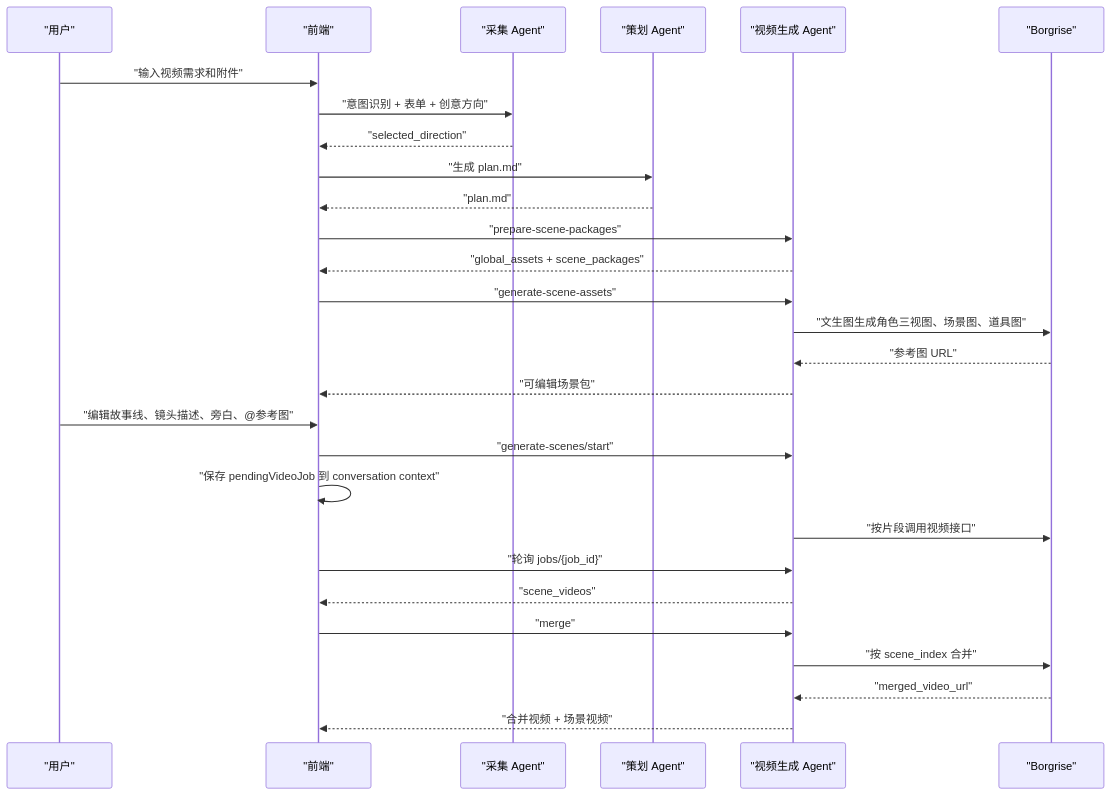
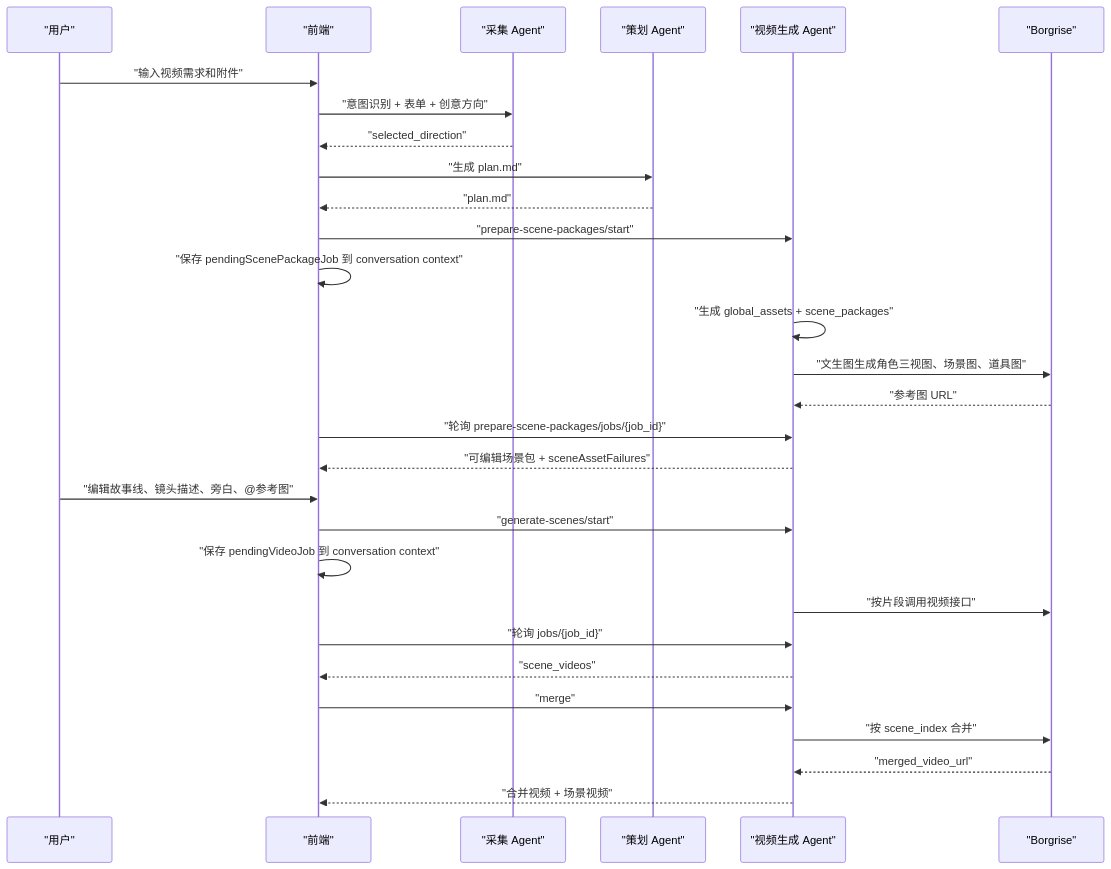
Before and after one commit to joyslxd/pixelflow: the sixth of 7 diagrams in docs/pixelflow-agent-skill-flow-latest-design.md, drawn with Mermaid. The commit also changed other lines of this file and 10 other files, not shown here.

````diff
--- a/docs/pixelflow-agent-skill-flow-latest-design.md
+++ b/docs/pixelflow-agent-skill-flow-latest-design.md
@@ -377,30 +380,31 @@
 ```mermaid
 sequenceDiagram
   participant U as "用户"
   participant FE as "前端"
   participant IA as "采集 Agent"
   participant PA as "策划 Agent"
   participant VA as "视频生成 Agent"
   participant BG as "Borgrise"
   U->>FE: "输入视频需求和附件"
   FE->>IA: "意图识别 + 表单 + 创意方向"
   IA-->>FE: "selected_direction"
   FE->>PA: "生成 plan.md"
   PA-->>FE: "plan.md"
-  FE->>VA: "prepare-scene-packages"
-  VA-->>FE: "global_assets + scene_packages"
-  FE->>VA: "generate-scene-assets"
+  FE->>VA: "prepare-scene-packages/start"
+  FE->>FE: "保存 pendingScenePackageJob 到 conversation context"
+  VA->>VA: "生成 global_assets + scene_packages"
   VA->>BG: "文生图生成角色三视图、场景图、道具图"
   BG-->>VA: "参考图 URL"
-  VA-->>FE: "可编辑场景包"
+  FE->>VA: "轮询 prepare-scene-packages/jobs/{job_id}"
+  VA-->>FE: "可编辑场景包 + sceneAssetFailures"
   U->>FE: "编辑故事线、镜头描述、旁白、@参考图"
   FE->>VA: "generate-scenes/start"
   FE->>FE: "保存 pendingVideoJob 到 conversation context"
   VA->>BG: "按片段调用视频接口"
   FE->>VA: "轮询 jobs/{job_id}"
   VA-->>FE: "scene_videos"
   FE->>VA: "merge"
   VA->>BG: "按 scene_index 合并"
   BG-->>VA: "merged_video_url"
   VA-->>FE: "合并视频 + 场景视频"
 ```
````
